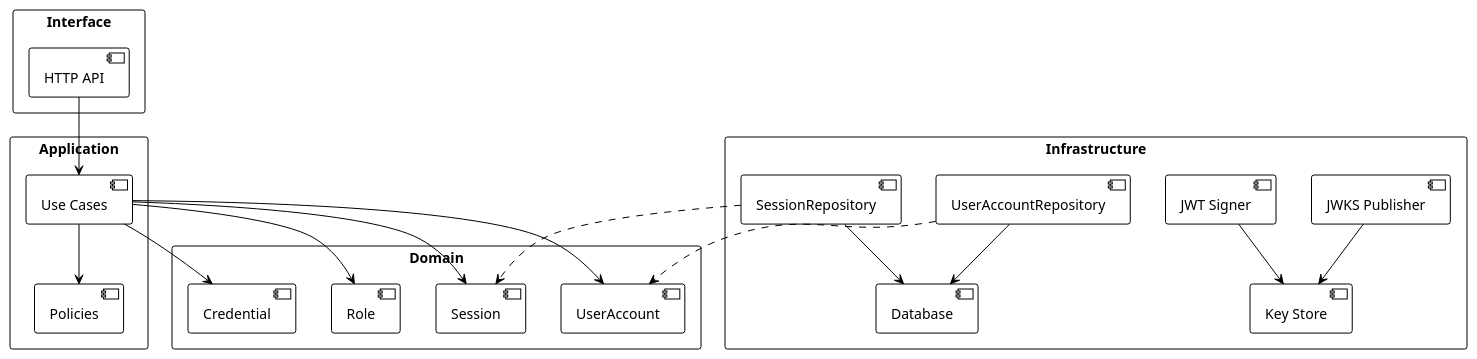
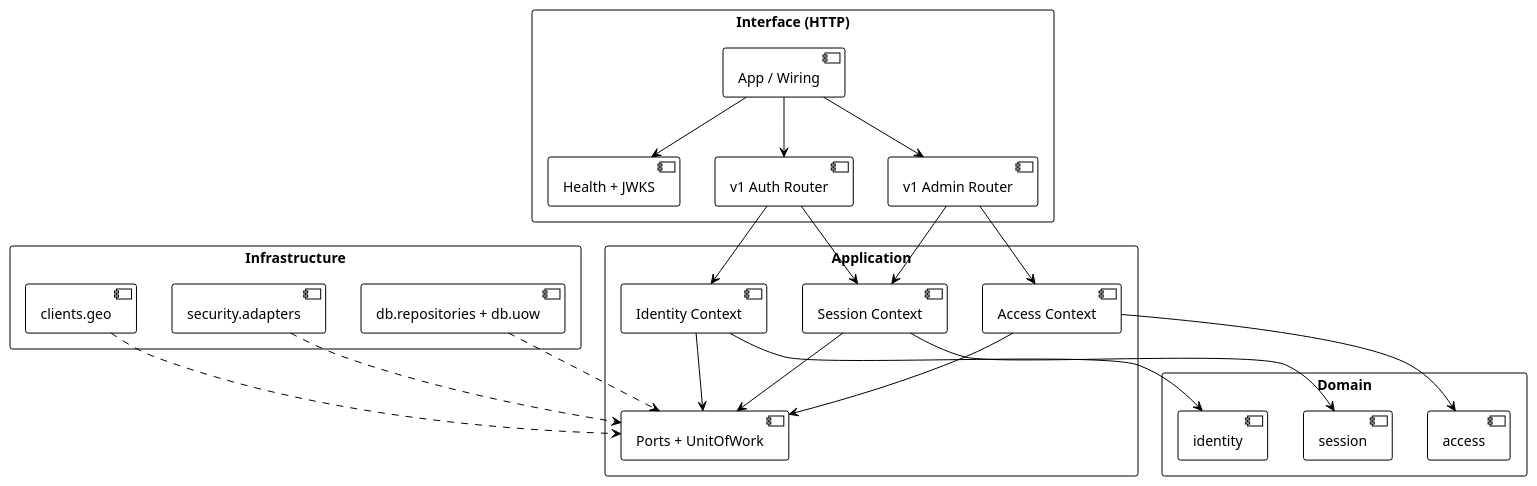
One commit to semoleg1986/auth-service changed the diagram in docs/diagrams/architecture.puml. Above: the diagram before and after it, drawn with PlantUML. The commit also changed 2 other files, not shown here.

Commit message:
docs(architecture): document interface/infrastructure layers

```diff
--- a/docs/diagrams/architecture.puml
+++ b/docs/diagrams/architecture.puml
@@ -1,46 +1,52 @@
 @startuml
 !theme plain
 skinparam shadowing false
 skinparam packageStyle rectangle
 
-package "Interface" {
-  [HTTP API]
+package "Interface (HTTP)" {
+  [App / Wiring]
+  [Health + JWKS]
+  [v1 Auth Router]
+  [v1 Admin Router]
 }
 
 package "Application" {
-  [Use Cases]
-  [Policies]
+  [Identity Context]
+  [Session Context]
+  [Access Context]
+  [Ports + UnitOfWork]
 }
 
 package "Domain" {
-  [UserAccount]
-  [Credential]
-  [Session]
-  [Role]
+  [identity]
+  [session]
+  [access]
 }
 
 package "Infrastructure" {
-  [UserAccountRepository]
-  [SessionRepository]
-  [JWT Signer]
-  [JWKS Publisher]
-  [Key Store]
-  [Database]
+  [db.repositories + db.uow]
+  [security.adapters]
+  [clients.geo]
 }
 
-[HTTP API] --> [Use Cases]
-[Use Cases] --> [Policies]
-[Use Cases] --> [UserAccount]
-[Use Cases] --> [Credential]
-[Use Cases] --> [Session]
-[Use Cases] --> [Role]
+[App / Wiring] --> [v1 Auth Router]
+[App / Wiring] --> [v1 Admin Router]
+[App / Wiring] --> [Health + JWKS]
 
-[UserAccountRepository] ..> [UserAccount]
-[SessionRepository] ..> [Session]
+[v1 Auth Router] --> [Identity Context]
+[v1 Auth Router] --> [Session Context]
+[v1 Admin Router] --> [Access Context]
+[v1 Admin Router] --> [Session Context]
 
-[JWT Signer] --> [Key Store]
-[JWKS Publisher] --> [Key Store]
+[Identity Context] --> [identity]
+[Session Context] --> [session]
+[Access Context] --> [access]
 
-[UserAccountRepository] --> [Database]
-[SessionRepository] --> [Database]
+[Identity Context] --> [Ports + UnitOfWork]
+[Session Context] --> [Ports + UnitOfWork]
+[Access Context] --> [Ports + UnitOfWork]
+
+[db.repositories + db.uow] ..> [Ports + UnitOfWork]
+[security.adapters] ..> [Ports + UnitOfWork]
+[clients.geo] ..> [Ports + UnitOfWork]
 @enduml
```
